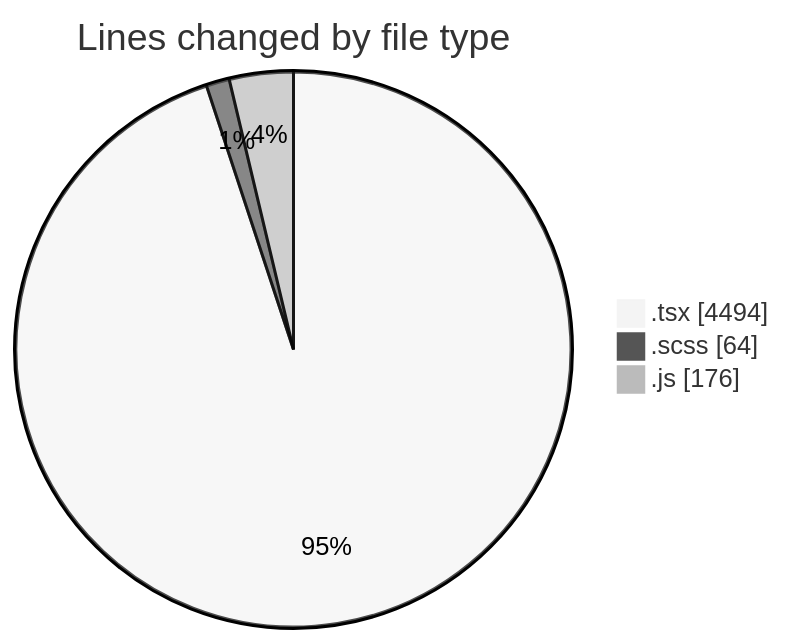
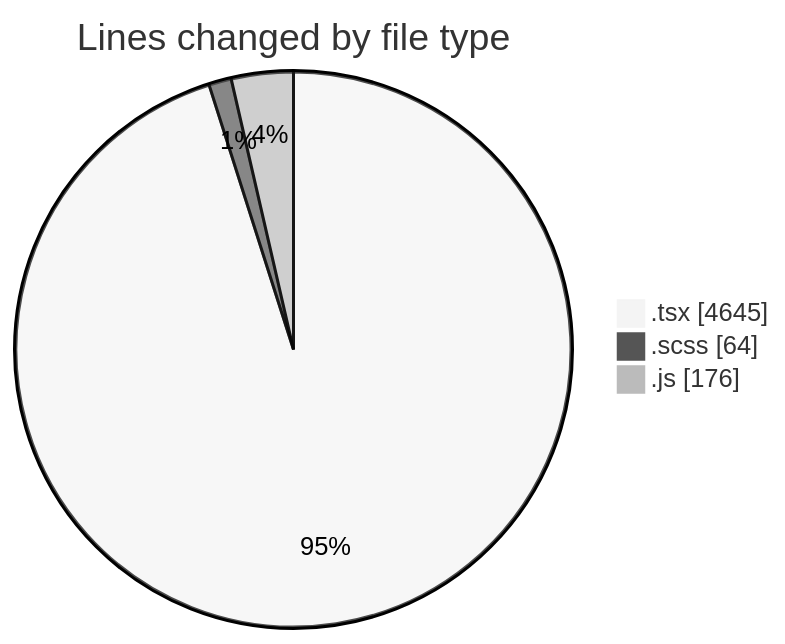
One commit to momahboobian/code-tracking changed the first of 2 diagrams in 2025-06-16/cda/README.md. Above: the diagram before and after it, drawn with Mermaid (neutral theme). The commit also changed other lines of this file and 1 other file, not shown here.

````diff
--- a/2025-06-16/cda/README.md
+++ b/2025-06-16/cda/README.md
@@ -36,7 +37,7 @@
 ```mermaid
 pie showData
 title Lines changed by file type
-".tsx" : 4494
+".tsx" : 4645
 ".scss" : 64
 ".js" : 176
 ```
````
